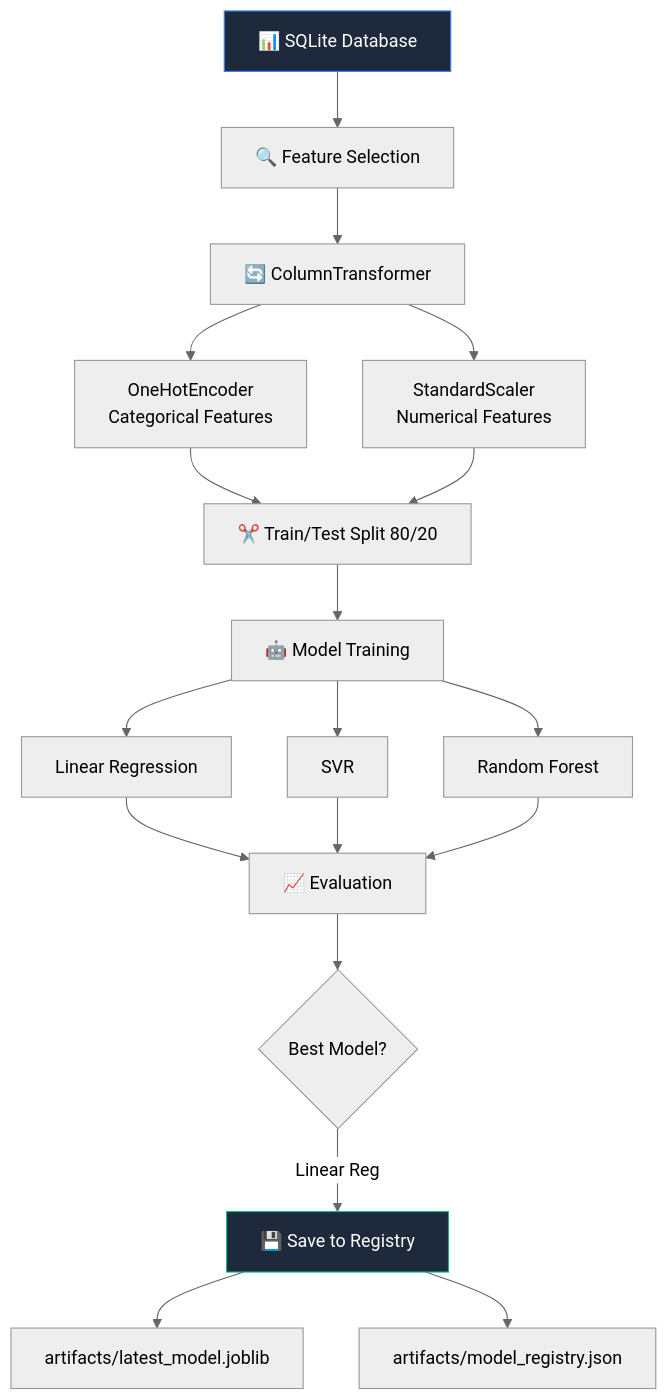
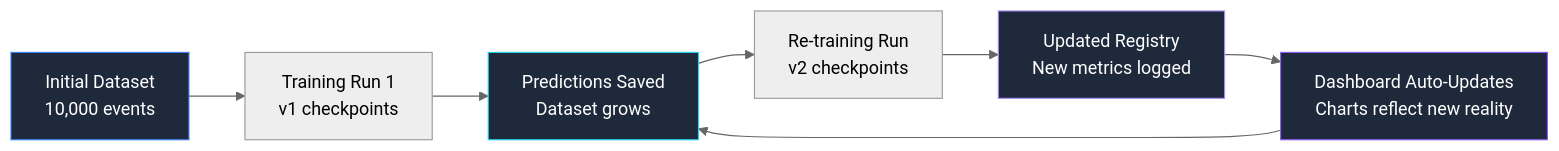
Before and after one commit to vengeance0112/Campus-Intel---Hackathon-3: diagram 12 of 15 in README.md, drawn with Mermaid (neutral theme). The commit also changed other lines of this file, not shown here.

````diff
--- a/README.md
+++ b/README.md
@@ -567,28 +709,14 @@
 ```mermaid
-flowchart TB
-    A["📊 SQLite Database"] --> B["🔍 Feature Selection"]
-    B --> C["🔄 ColumnTransformer"]
-    
-    C --> D["OneHotEncoder<br/>Categorical Features"]
-    C --> E["StandardScaler<br/>Numerical Features"]
-    
-    D --> F["✂️ Train/Test Split 80/20"]
-    E --> F
-    
-    F --> G["🤖 Model Training"]
-    G --> H["Linear Regression"]
-    G --> I["SVR"]
-    G --> J["Random Forest"]
-    
-    H --> K["📈 Evaluation"]
-    I --> K
-    J --> K
-    
-    K --> L{"Best Model?"}
-    L -->|Linear Reg| M["💾 Save to Registry"]
-    M --> N["artifacts/latest_model.joblib"]
-    M --> O["artifacts/model_registry.json"]
-    
+flowchart LR
+    A["Initial Dataset\n10,000 events"] --> B["Training Run 1\nv1 checkpoints"]
+    B --> C["Predictions Saved\nDataset grows"]
+    C --> D["Re-training Run\nv2 checkpoints"]
+    D --> E["Updated Registry\nNew metrics logged"]
+    E --> F["Dashboard Auto-Updates\nCharts reflect new reality"]
+    F --> C
+
     style A fill:#1e293b,stroke:#3b82f6,color:#fff
-    style M fill:#1e293b,stroke:#10b981,color:#fff
+    style C fill:#1e293b,stroke:#22d3ee,color:#fff
+    style E fill:#1e293b,stroke:#a78bfa,color:#fff
+    style F fill:#1e293b,stroke:#8b5cf6,color:#fff
 ```
````
